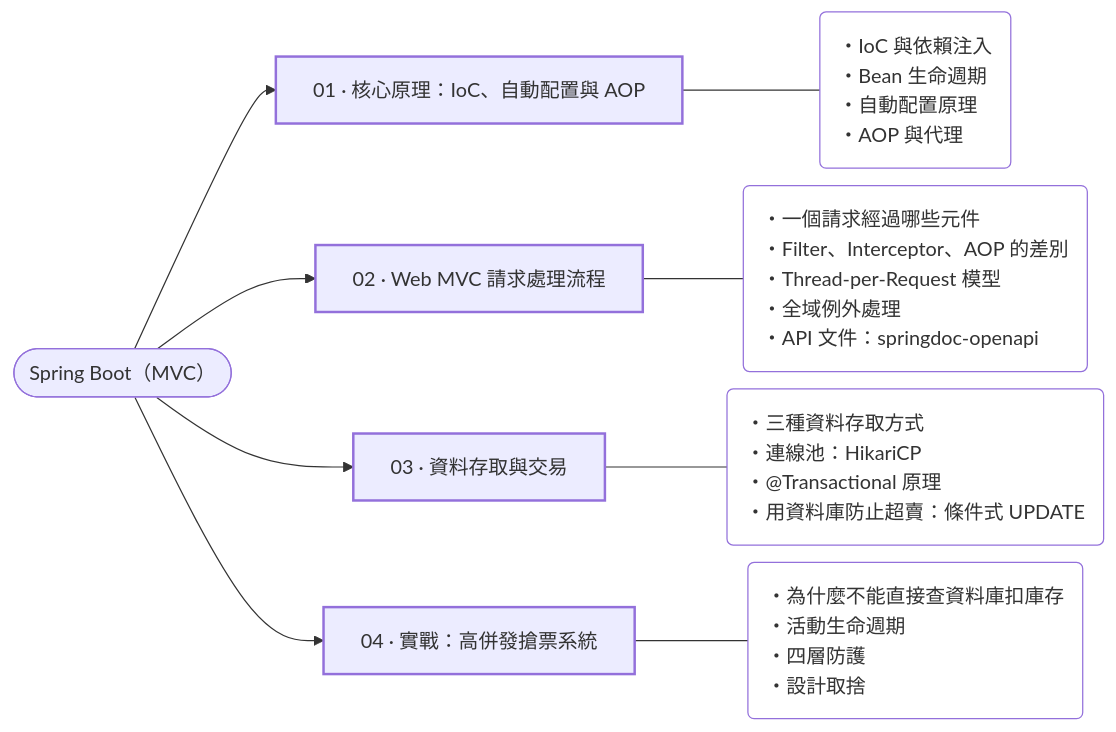
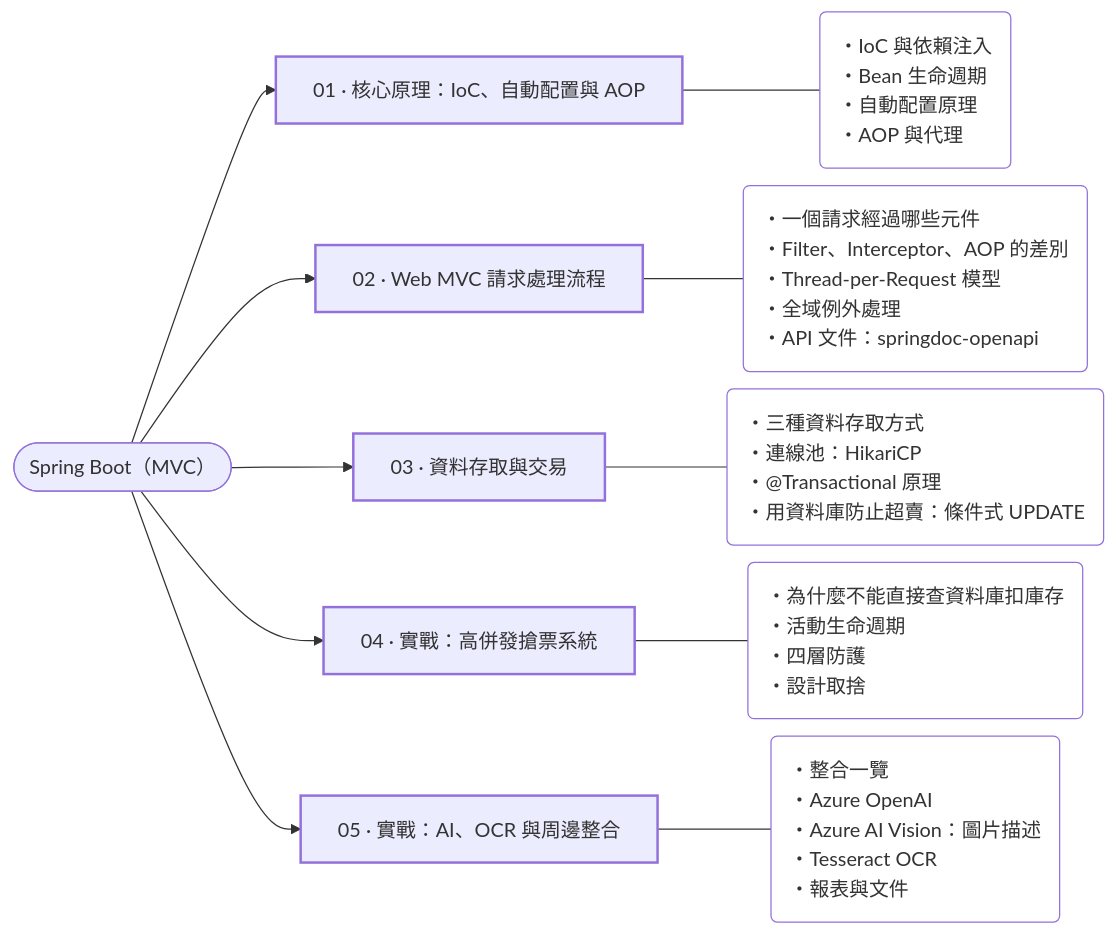
Before and after one commit to AnthonyFuFu/StudyNotes: the diagram in docs/backend/spring-boot/index.md, drawn with Mermaid. The commit also changed other lines of this file and 93 other files, not shown here.

````diff
--- a/docs/backend/spring-boot/index.md
+++ b/docs/backend/spring-boot/index.md
@@ -13,25 +13,29 @@
 ``` mermaid
 %%{init: {"flowchart": {"nodeSpacing": 14, "rankSpacing": 36, "wrappingWidth": 420}}}%%
 flowchart LR
     R(["Spring Boot（MVC）"])
     c0["01 · 核心原理：IoC、自動配置與 AOP"]
     R --> c0
     p0("・IoC 與依賴注入<br>・Bean 生命週期<br>・自動配置原理<br>・AOP 與代理")
     c0 --- p0
     c1["02 · Web MVC 請求處理流程"]
     R --> c1
     p1("・一個請求經過哪些元件<br>・Filter、Interceptor、AOP 的差別<br>・Thread-per-Request 模型<br>・全域例外處理<br>・API 文件：springdoc-openapi")
     c1 --- p1
     c2["03 · 資料存取與交易"]
     R --> c2
     p2("・三種資料存取方式<br>・連線池：HikariCP<br>・@Transactional 原理<br>・用資料庫防止超賣：條件式 UPDATE")
     c2 --- p2
     c3["04 · 實戰：高併發搶票系統"]
     R --> c3
     p3("・為什麼不能直接查資料庫扣庫存<br>・活動生命週期<br>・四層防護<br>・設計取捨")
     c3 --- p3
+    c4["05 · 實戰：AI、OCR 與周邊整合"]
+    R --> c4
+    p4("・整合一覽<br>・Azure OpenAI<br>・Azure AI Vision：圖片描述<br>・Tesseract OCR<br>・報表與文件")
+    c4 --- p4
     classDef chapter stroke-width:2px
     classDef points fill:transparent,text-align:left
-    class c0,c1,c2,c3 chapter
-    class p0,p1,p2,p3 points
+    class c0,c1,c2,c3,c4 chapter
+    class p0,p1,p2,p3,p4 points
 ```
````
